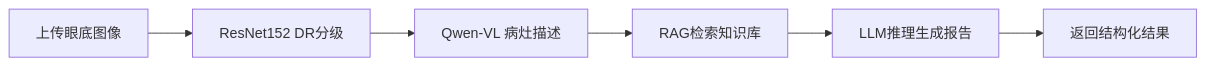
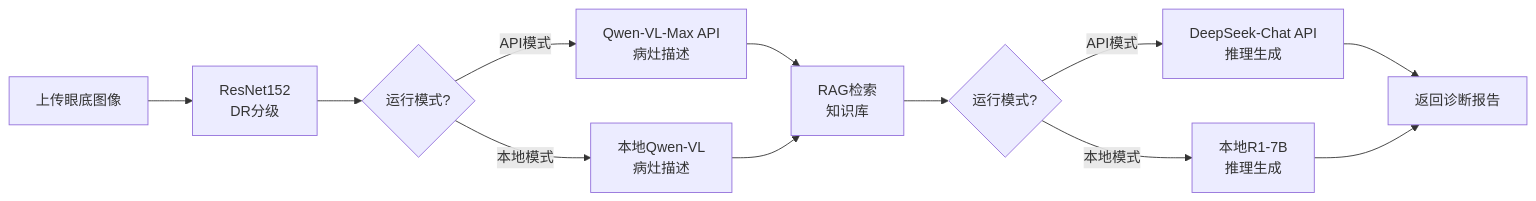
Before and after one commit to Omsion/multimodal_diagnosis_system: the diagram in README.md, drawn with Mermaid. The commit also changed other lines of this file and 1 other file, not shown here.

````diff
--- a/README.md
+++ b/README.md
@@ -177,8 +293,14 @@
 ```mermaid
 graph LR
-    A[上传眼底图像] --> B[ResNet152 DR分级]
-    B --> C[Qwen-VL 病灶描述]
-    C --> D[RAG检索知识库]
-    D --> E[LLM推理生成报告]
-    E --> F[返回结构化结果]
+    A[上传眼底图像] --> B[ResNet152<br/>DR分级]
+    B --> C{运行模式?}
+    C -->|API模式| D1[Qwen-VL-Max API<br/>病灶描述]
+    C -->|本地模式| D2[本地Qwen-VL<br/>病灶描述]
+    D1 --> E[RAG检索<br/>知识库]
+    D2 --> E
+    E --> F{运行模式?}
+    F -->|API模式| G1[DeepSeek-Chat API<br/>推理生成]
+    F -->|本地模式| G2[本地R1-7B<br/>推理生成]
+    G1 --> H[返回诊断报告]
+    G2 --> H
 ```
````
